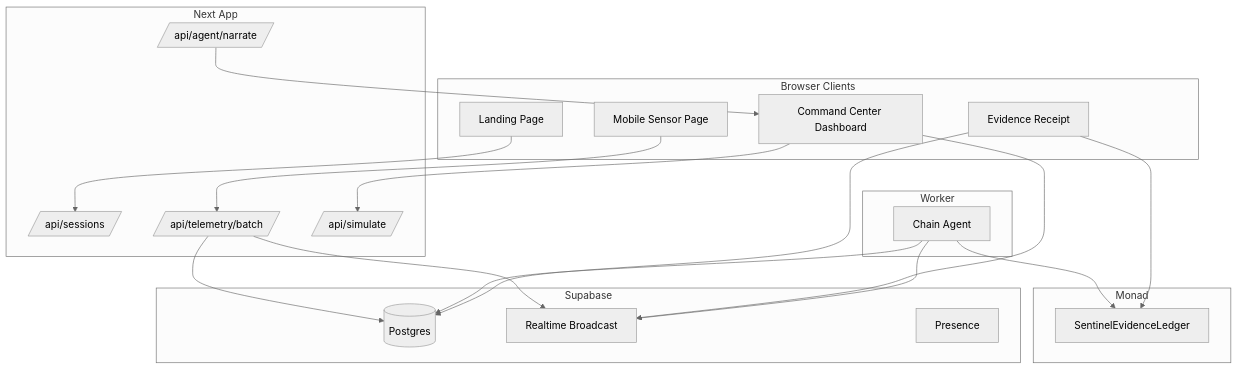
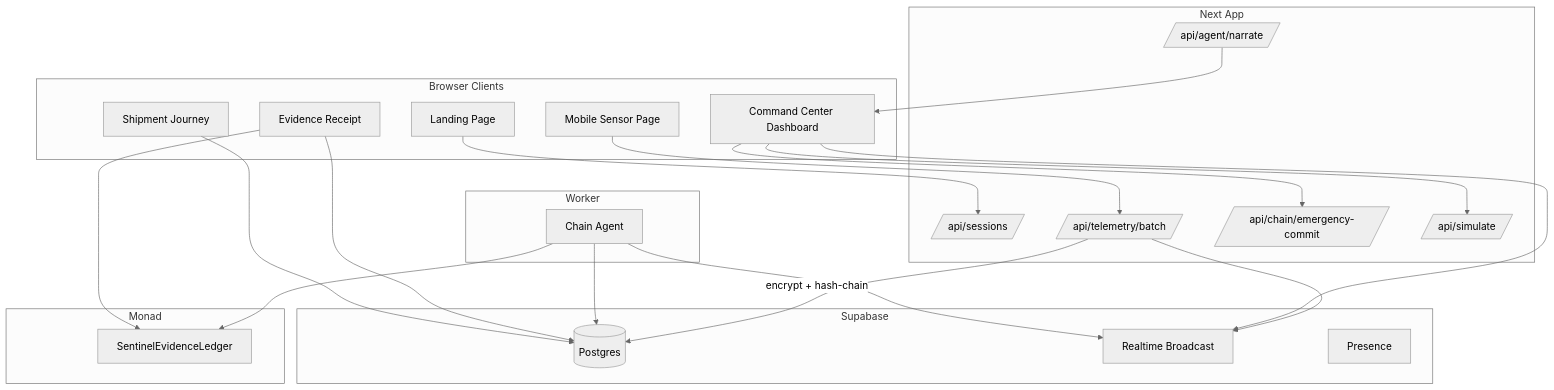
Before and after one commit to roshaninfordham/monad-sentinel: the second of 5 diagrams in docs/architecture.md, drawn with Mermaid (neutral theme). The commit also changed other lines of this file and 10 other files, not shown here.

````diff
--- a/docs/architecture.md
+++ b/docs/architecture.md
@@ -29,43 +30,47 @@
 ```mermaid
 flowchart TB
   subgraph Browser Clients
     Landing[Landing Page]
     Mobile[Mobile Sensor Page]
     Dashboard[Command Center Dashboard]
     Receipt[Evidence Receipt]
+    Journey[Shipment Journey]
   end
 
   subgraph Next App
     SessionsAPI[/api/sessions/]
     TelemetryAPI[/api/telemetry/batch/]
+    ChainAPI[/api/chain/emergency-commit/]
     SimAPI[/api/simulate/]
     NarrateAPI[/api/agent/narrate/]
   end
 
   subgraph Supabase
     DB[(Postgres)]
     Broadcast[Realtime Broadcast]
     Presence[Presence]
   end
 
   subgraph Worker
     ChainAgent[Chain Agent]
   end
 
   subgraph Monad
     Ledger[SentinelEvidenceLedger]
   end
 
   Landing --> SessionsAPI
   Mobile --> TelemetryAPI
-  TelemetryAPI --> DB
   TelemetryAPI --> Broadcast
+  TelemetryAPI -->|encrypt + hash-chain| DB
   Dashboard --> Broadcast
   Dashboard --> SimAPI
+  Dashboard --> ChainAPI
   ChainAgent --> DB
   ChainAgent --> Ledger
   ChainAgent --> Broadcast
   Receipt --> DB
   Receipt --> Ledger
+  Journey --> DB
   NarrateAPI --> Dashboard
 ```
````
